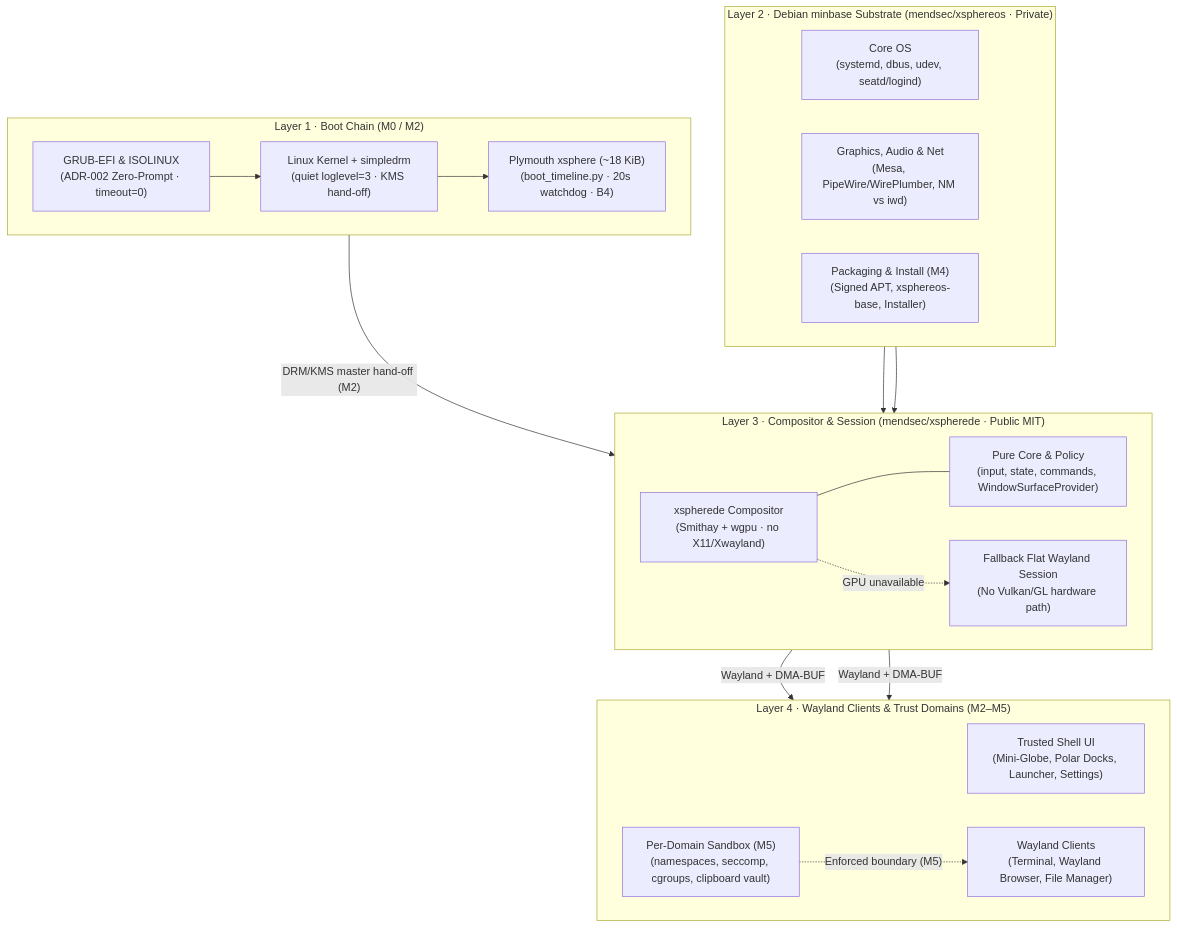
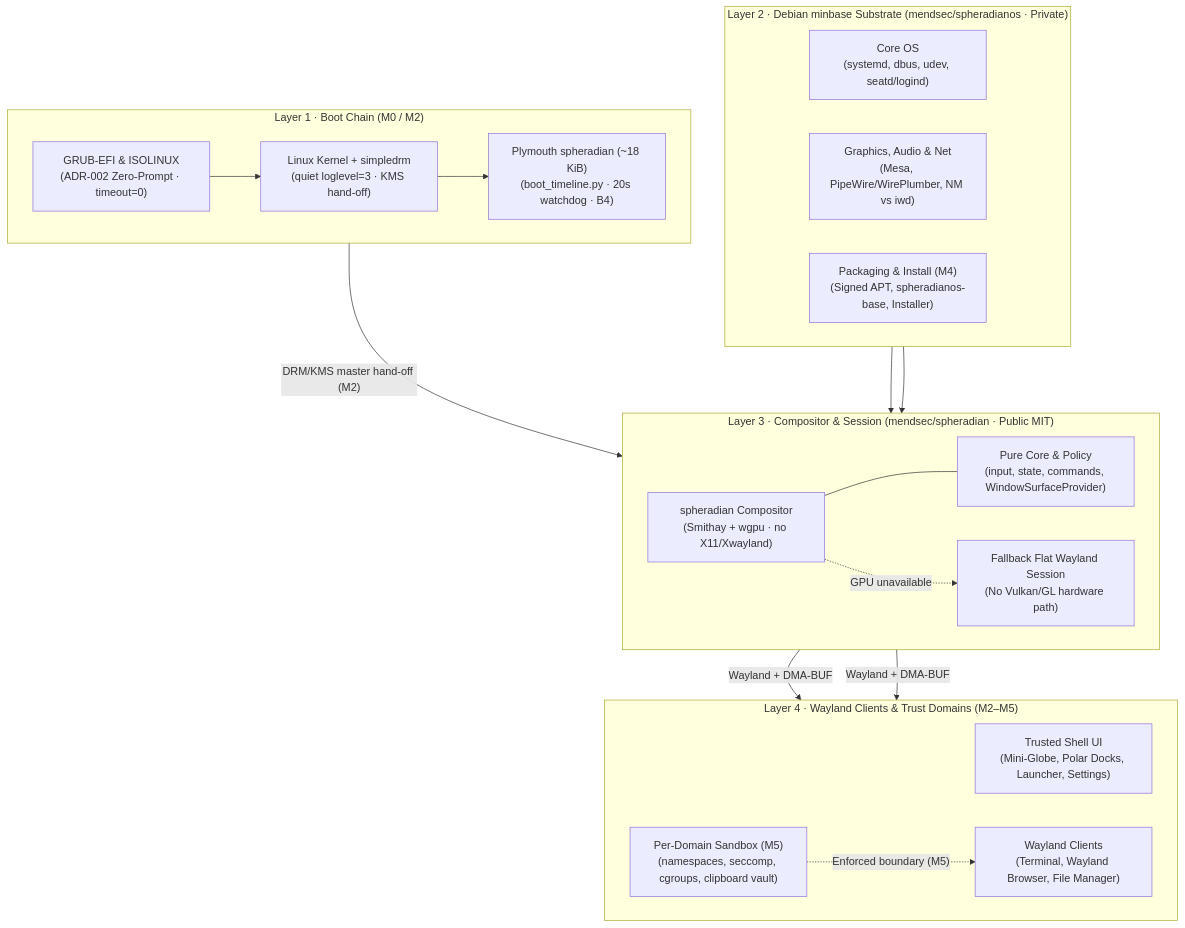
The first of 3 diagrams in docs/ARCHITECTURE.md (spheradian/spheradianos), drawn with Mermaid before and after one commit. The commit also changed other lines of this file and 83 other files, not shown here.

First line of the commit message:
chore: rename project from XSphere to Spheradian

````diff
--- a/docs/ARCHITECTURE.md
+++ b/docs/ARCHITECTURE.md
@@ -13,48 +13,48 @@
 ```mermaid
 flowchart TB
     subgraph L4["Layer 4 · Wayland Clients & Trust Domains (M2–M5)"]
         direction LR
         UI["Trusted Shell UI<br/>(Mini-Globe, Polar Docks, Launcher, Settings)"]
         APPS["Wayland Clients<br/>(Terminal, Wayland Browser, File Manager)"]
         SANDBOX["Per-Domain Sandbox (M5)<br/>(namespaces, seccomp, cgroups, clipboard vault)"]
     end
 
-    subgraph L3["Layer 3 · Compositor & Session (mendsec/xspherede · Public MIT)"]
+    subgraph L3["Layer 3 · Compositor & Session (mendsec/spheradian · Public MIT)"]
         direction LR
-        SMITHAY["xspherede Compositor<br/>(Smithay + wgpu · no X11/Xwayland)"]
+        SMITHAY["spheradian Compositor<br/>(Smithay + wgpu · no X11/Xwayland)"]
         CORE["Pure Core & Policy<br/>(input, state, commands, WindowSurfaceProvider)"]
         FALLBACK["Fallback Flat Wayland Session<br/>(No Vulkan/GL hardware path)"]
     end
 
-    subgraph L2["Layer 2 · Debian minbase Substrate (mendsec/xsphereos · Private)"]
+    subgraph L2["Layer 2 · Debian minbase Substrate (mendsec/spheradianos · Private)"]
         direction LR
         SYS["Core OS<br/>(systemd, dbus, udev, seatd/logind)"]
         MEDIA["Graphics, Audio & Net<br/>(Mesa, PipeWire/WirePlumber, NM vs iwd)"]
-        PKG["Packaging & Install (M4)<br/>(Signed APT, xsphereos-base, Installer)"]
+        PKG["Packaging & Install (M4)<br/>(Signed APT, spheradianos-base, Installer)"]
     end
 
     subgraph L1["Layer 1 · Boot Chain (M0 / M2)"]
         direction LR
         BOOT["GRUB-EFI & ISOLINUX<br/>(ADR-002 Zero-Prompt · timeout=0)"]
         KERN["Linux Kernel + simpledrm<br/>(quiet loglevel=3 · KMS hand-off)"]
-        PLY["Plymouth xsphere (~18 KiB)<br/>(boot_timeline.py · 20s watchdog · B4)"]
+        PLY["Plymouth spheradian (~18 KiB)<br/>(boot_timeline.py · 20s watchdog · B4)"]
     end
 
     BOOT --> KERN --> PLY
     PLY -->|"DRM/KMS master hand-off (M2)"| SMITHAY
     SYS --> SMITHAY
     MEDIA --> SMITHAY
     SMITHAY --- CORE
     SMITHAY -.->|"GPU unavailable"| FALLBACK
     SMITHAY -->|"Wayland + DMA-BUF"| UI
     SMITHAY -->|"Wayland + DMA-BUF"| APPS
     SANDBOX -.->|"Enforced boundary (M5)"| APPS
 
-    click BOOT "https://github.com/mendsec/xsphereos/issues/14" "Issue #14: Zero-prompt bootloaders"
-    click PLY "https://github.com/mendsec/xsphereos/issues/7" "Issue #7: Plymouth hand-off (B4)"
-    click SMITHAY "https://github.com/mendsec/xsphereos/issues/9" "Issue #9: Smithay compositor session"
-    click FALLBACK "https://github.com/mendsec/xsphereos/issues/5" "Issue #5: M1 prototype & fallback"
-    click MEDIA "https://github.com/mendsec/xsphereos/issues/8" "Issue #8: Browser & network ADR"
-    click PKG "https://github.com/mendsec/xsphereos/issues/12" "Issue #12: Signed APT & release"
-    click SANDBOX "https://github.com/mendsec/xsphereos/issues/13" "Issue #13: Per-domain sandboxing"
+    click BOOT "https://github.com/mendsec/spheradianos/issues/14" "Issue #14: Zero-prompt bootloaders"
+    click PLY "https://github.com/mendsec/spheradianos/issues/7" "Issue #7: Plymouth hand-off (B4)"
+    click SMITHAY "https://github.com/mendsec/spheradianos/issues/9" "Issue #9: Smithay compositor session"
+    click FALLBACK "https://github.com/mendsec/spheradianos/issues/5" "Issue #5: M1 prototype & fallback"
+    click MEDIA "https://github.com/mendsec/spheradianos/issues/8" "Issue #8: Browser & network ADR"
+    click PKG "https://github.com/mendsec/spheradianos/issues/12" "Issue #12: Signed APT & release"
+    click SANDBOX "https://github.com/mendsec/spheradianos/issues/13" "Issue #13: Per-domain sandboxing"
 ```
````
